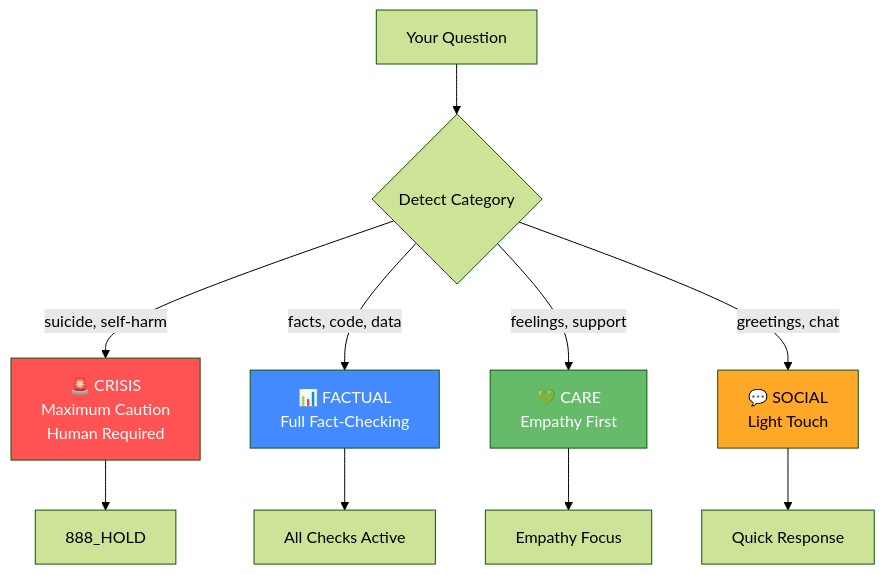
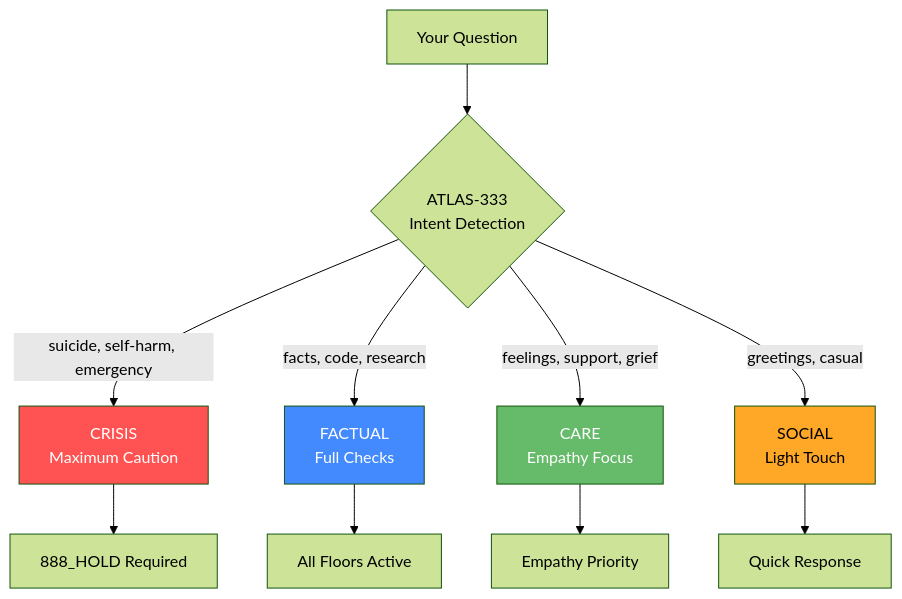
The fourth of 6 diagrams in README.md (ariffazil/arifos), drawn with Mermaid (forest theme) before and after one commit. The commit also changed other lines of this file, not shown here.

First line of the commit message:
docs: comprehensive README rewrite with all important links (1750+ lines)

````diff
--- a/README.md
+++ b/README.md
@@ -138,19 +349,19 @@
 ```mermaid
 flowchart TD
-    Q[Your Question] --> DETECT{Detect Category}
+    Q[Your Question] --> DETECT{ATLAS-333<br/>Intent Detection}
 
-    DETECT -->|suicide, self-harm| CRISIS[🚨 CRISIS<br/>Maximum Caution<br/>Human Required]
-    DETECT -->|facts, code, data| FACTUAL[📊 FACTUAL<br/>Full Fact-Checking]
-    DETECT -->|feelings, support| CARE[💚 CARE<br/>Empathy First]
-    DETECT -->|greetings, chat| SOCIAL[💬 SOCIAL<br/>Light Touch]
+    DETECT -->|suicide, self-harm, emergency| CRISIS[CRISIS<br/>Maximum Caution]
+    DETECT -->|facts, code, research| FACTUAL[FACTUAL<br/>Full Checks]
+    DETECT -->|feelings, support, grief| CARE[CARE<br/>Empathy Focus]
+    DETECT -->|greetings, casual| SOCIAL[SOCIAL<br/>Light Touch]
 
-    CRISIS --> HOLD[888_HOLD]
-    FACTUAL --> FULL[All Checks Active]
-    CARE --> EMP[Empathy Focus]
+    CRISIS --> HOLD[888_HOLD Required]
+    FACTUAL --> FULL[All Floors Active]
+    CARE --> EMP[Empathy Priority]
     SOCIAL --> LIGHT[Quick Response]
 
     style CRISIS fill:#FF5252,color:white
     style FACTUAL fill:#448AFF,color:white
     style CARE fill:#66BB6A,color:white
     style SOCIAL fill:#FFA726,color:black
 ```
````
